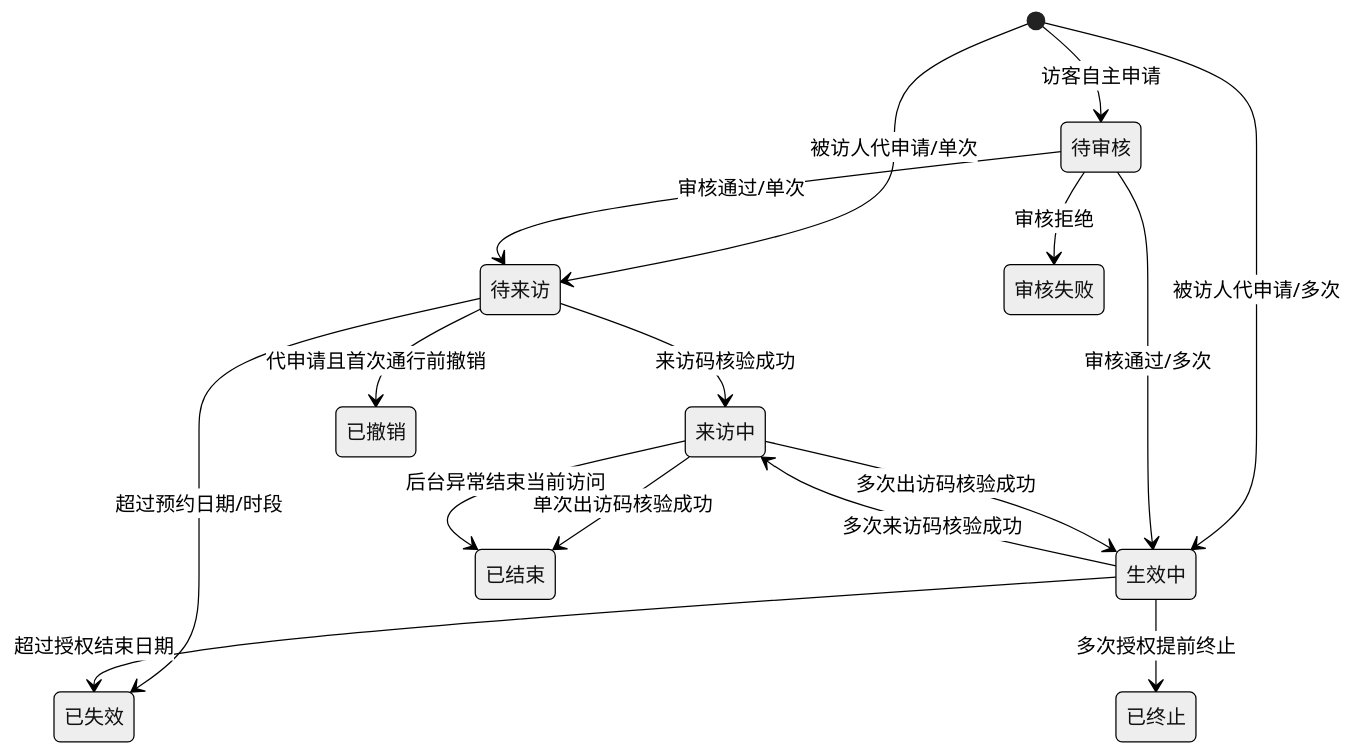
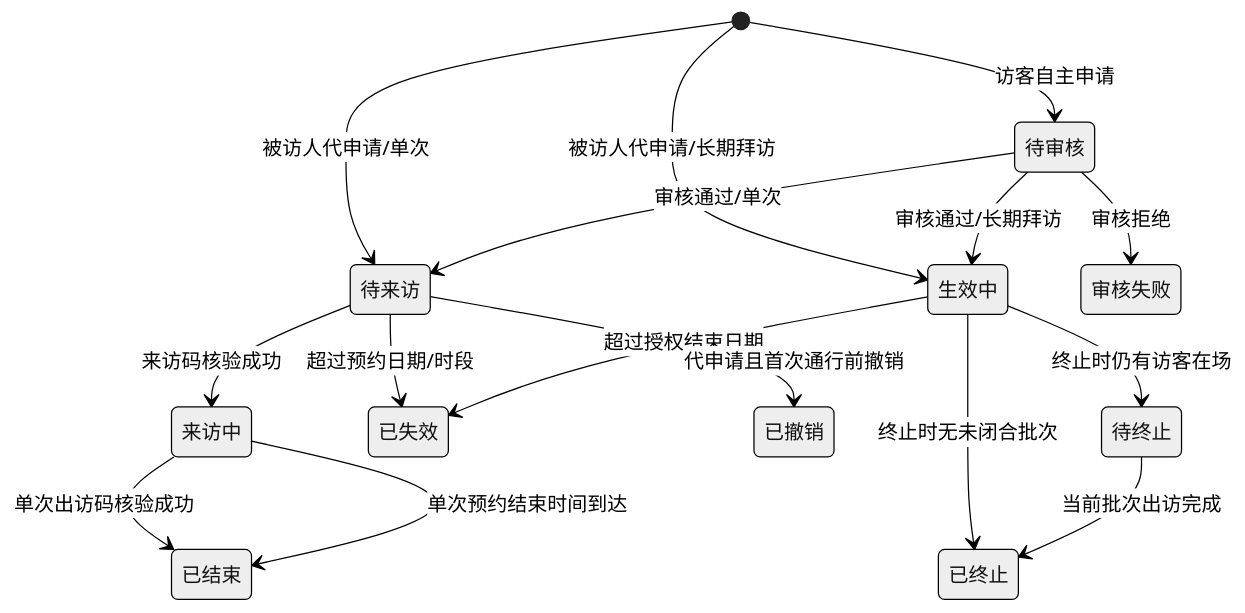
Before and after one commit to tangxiaochen755-droid/visitor-phase1-visual-blue: the first of 3 diagrams in docs/integration/03-状态机与数据口径.md, drawn with Mermaid (neutral theme). The commit also changed other lines of this file and 15 other files, not shown here.

````diff
--- a/docs/integration/03-状态机与数据口径.md
+++ b/docs/integration/03-状态机与数据口径.md
@@ -5,18 +5,18 @@
 ```mermaid
 stateDiagram-v2
   [*] --> 待审核: 访客自主申请
   [*] --> 待来访: 被访人代申请/单次
-  [*] --> 生效中: 被访人代申请/多次
+  [*] --> 生效中: 被访人代申请/长期拜访
   待审核 --> 待来访: 审核通过/单次
-  待审核 --> 生效中: 审核通过/多次
+  待审核 --> 生效中: 审核通过/长期拜访
   待审核 --> 审核失败: 审核拒绝
   待来访 --> 来访中: 来访码核验成功
   来访中 --> 已结束: 单次出访码核验成功
-  生效中 --> 来访中: 多次来访码核验成功
-  来访中 --> 生效中: 多次出访码核验成功
+  来访中 --> 已结束: 单次预约结束时间到达
   待来访 --> 已失效: 超过预约日期/时段
   生效中 --> 已失效: 超过授权结束日期
   待来访 --> 已撤销: 代申请且首次通行前撤销
-  生效中 --> 已终止: 多次授权提前终止
-  来访中 --> 已结束: 后台异常结束当前访问
+  生效中 --> 已终止: 终止时无未闭合批次
+  生效中 --> 待终止: 终止时仍有访客在场
+  待终止 --> 已终止: 当前批次出访完成
 ```
````
